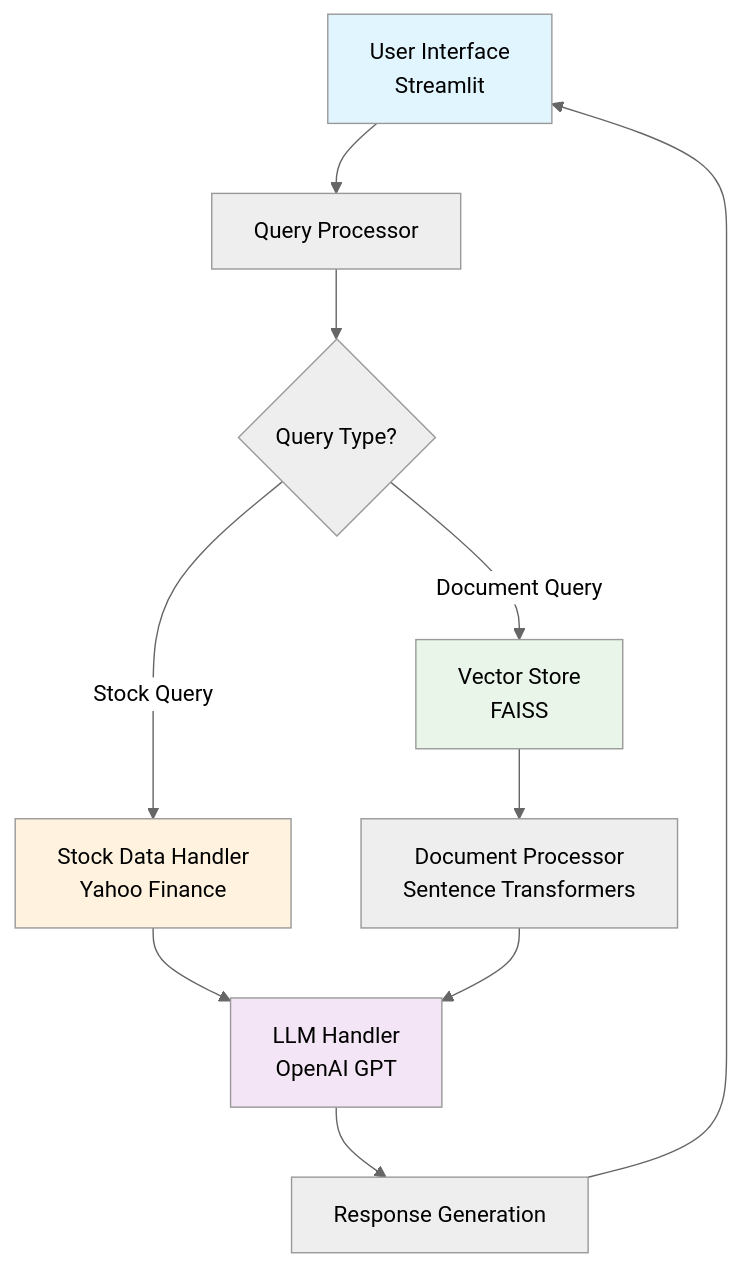
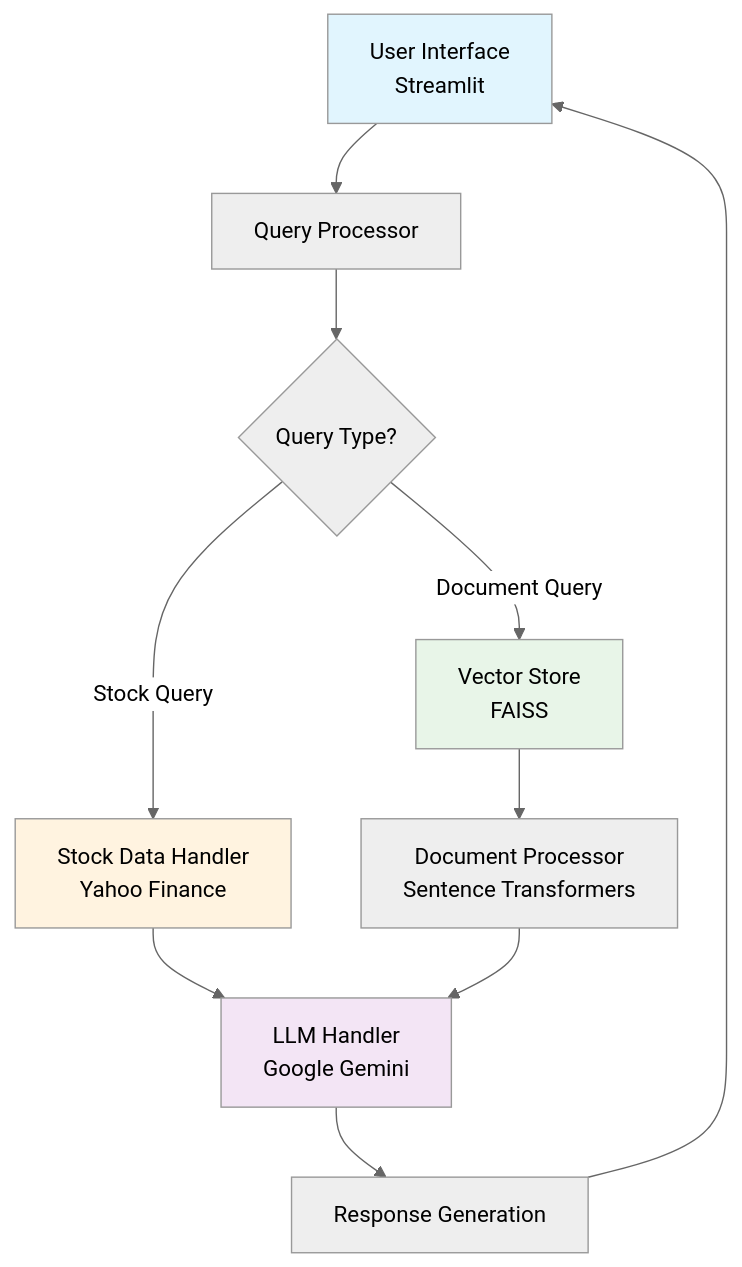
The diagram in README.md (pavithra-hn/Finance-RAG-System), drawn with Mermaid (neutral theme) before and after one commit. The commit also changed other lines of this file and 1 other file, not shown here.

Commit message:
Update README and Dockerfile for Gemini API

````diff
--- a/README.md
+++ b/README.md
@@ -52,17 +52,17 @@
 ```mermaid
 graph TB
     A[User Interface<br/>Streamlit] --> B[Query Processor]
     B --> C{Query Type?}
     C -->|Stock Query| D[Stock Data Handler<br/>Yahoo Finance]
     C -->|Document Query| E[Vector Store<br/>FAISS]
     E --> F[Document Processor<br/>Sentence Transformers]
-    D --> G[LLM Handler<br/>OpenAI GPT]
+    D --> G[LLM Handler<br/>Google Gemini]
     F --> G
     G --> H[Response Generation]
     H --> A
     
     style A fill:#e1f5fe
     style G fill:#f3e5f5
     style E fill:#e8f5e8
     style D fill:#fff3e0
 ```
````
